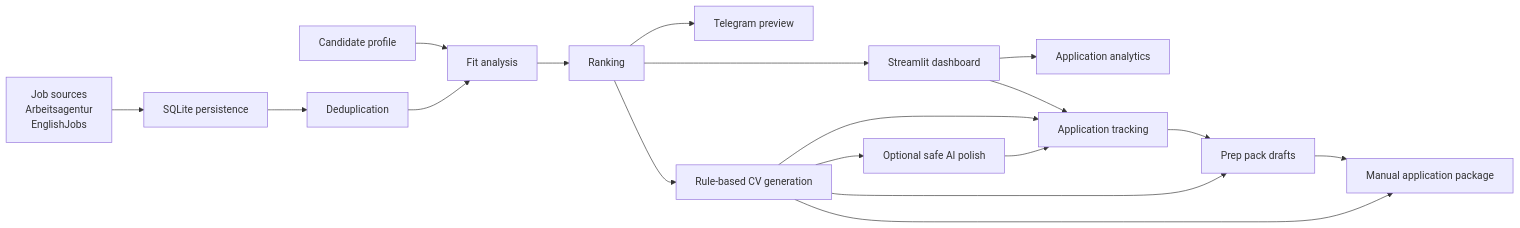
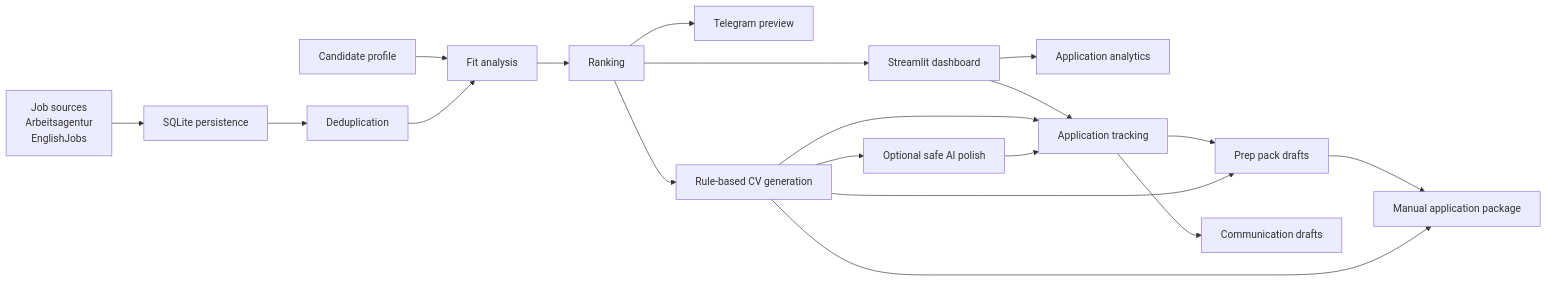
The first of 2 diagrams in README.md (de-himanshu19/AI_JOB_HUNT_PLATFORM), drawn with Mermaid before and after one commit. The commit also changed other lines of this file and 11 other files, not shown here.

````diff
--- a/README.md
+++ b/README.md
@@ -34,20 +34,21 @@
 ```mermaid
 flowchart LR
     Profile["Candidate profile"] --> Analysis["Fit analysis"]
     Sources["Job sources<br/>Arbeitsagentur<br/>EnglishJobs"] --> SQLite["SQLite persistence"]
     SQLite --> Dedup["Deduplication"]
     Dedup --> Analysis
     Analysis --> Ranking["Ranking"]
     Ranking --> Dashboard["Streamlit dashboard"]
     Ranking --> Notify["Telegram preview"]
     Ranking --> CV["Rule-based CV generation"]
     Dashboard --> Analytics["Application analytics"]
     Dashboard --> Tracking["Application tracking"]
     Tracking --> Prep["Prep pack drafts"]
     Prep --> AppPack["Manual application package"]
     CV --> Prep
     CV --> AppPack
     CV --> Tracking
+    Tracking --> Comms["Communication drafts"]
     CV --> AI["Optional safe AI polish"]
     AI --> Tracking
 ```
````
